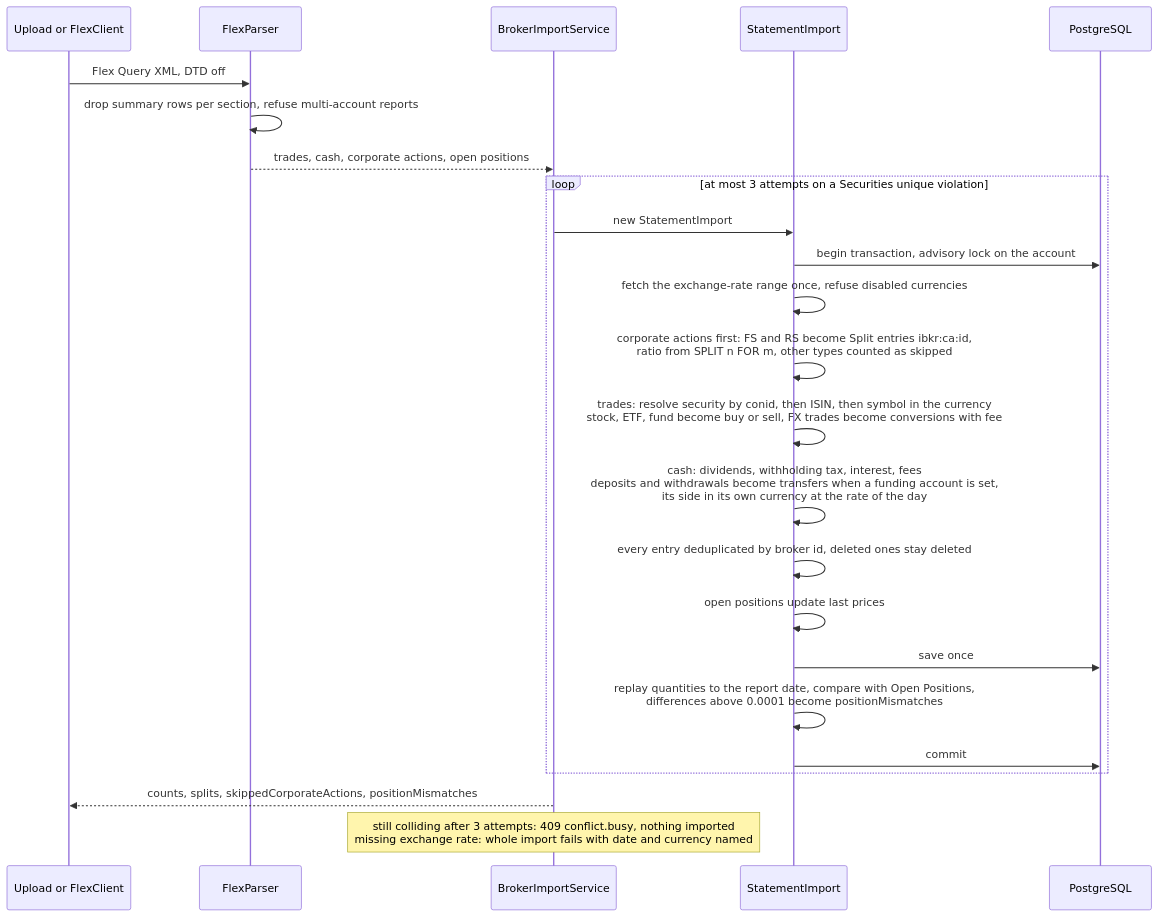
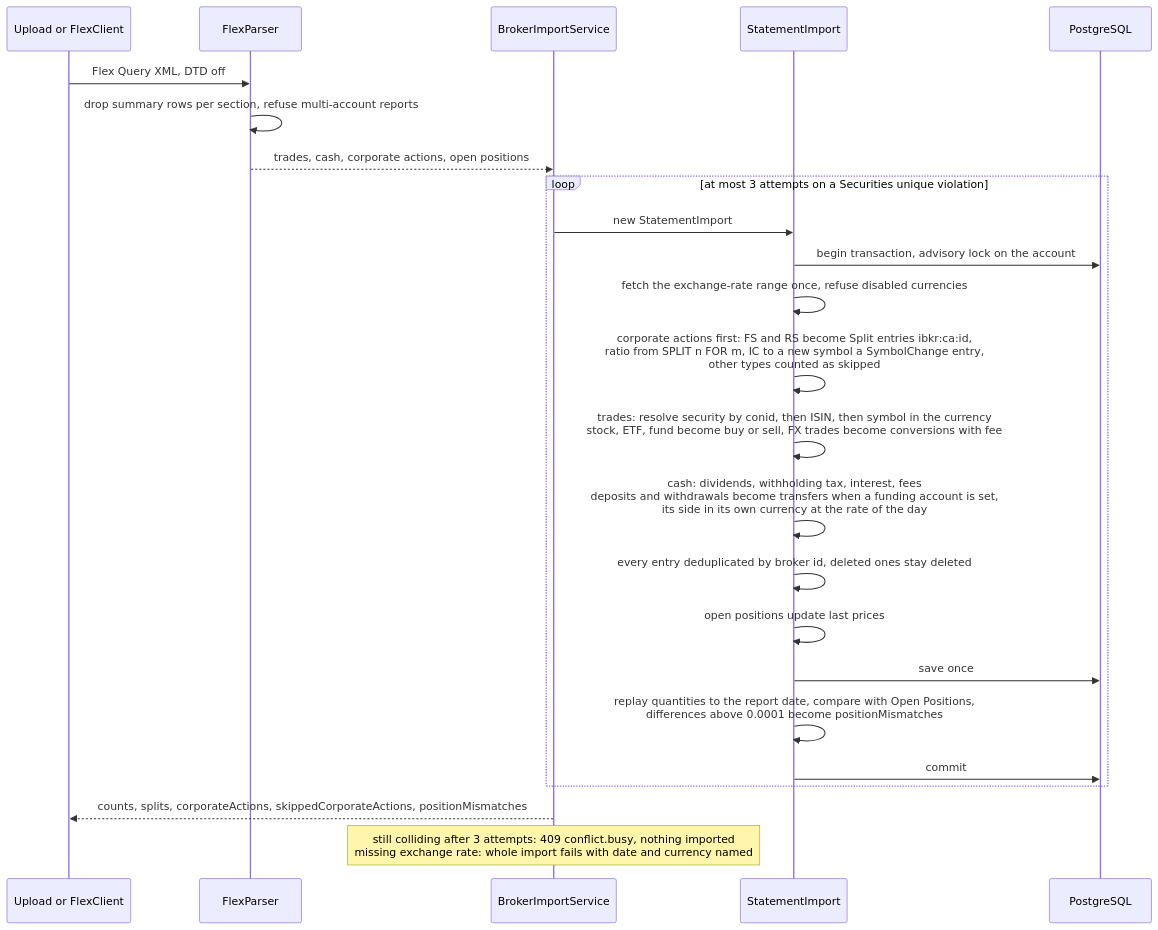
Before and after one commit to Justxs/Jx-Finance: the ninth of 10 diagrams in docs/features/investments.md, drawn with Mermaid. The commit also changed other lines of this file and 67 other files, not shown here.

````diff
--- a/docs/features/investments.md
+++ b/docs/features/investments.md
@@ -253,26 +267,26 @@
 ```mermaid
 sequenceDiagram
     participant Src as Upload or FlexClient
     participant Parser as FlexParser
     participant Imp as BrokerImportService
     participant Run as StatementImport
     participant Db as PostgreSQL
     Src->>Parser: Flex Query XML, DTD off
     Parser->>Parser: drop summary rows per section, refuse multi-account reports
     Parser-->>Imp: trades, cash, corporate actions, open positions
     loop at most 3 attempts on a Securities unique violation
         Imp->>Run: new StatementImport
         Run->>Db: begin transaction, advisory lock on the account
         Run->>Run: fetch the exchange-rate range once, refuse disabled currencies
-        Run->>Run: corporate actions first: FS and RS become Split entries ibkr:ca:id,<br/>ratio from SPLIT n FOR m, other types counted as skipped
+        Run->>Run: corporate actions first: FS and RS become Split entries ibkr:ca:id,<br/>ratio from SPLIT n FOR m, IC to a new symbol a SymbolChange entry,<br/>other types counted as skipped
         Run->>Run: trades: resolve security by conid, then ISIN, then symbol in the currency<br/>stock, ETF, fund become buy or sell, FX trades become conversions with fee
         Run->>Run: cash: dividends, withholding tax, interest, fees<br/>deposits and withdrawals become transfers when a funding account is set,<br/>its side in its own currency at the rate of the day
         Run->>Run: every entry deduplicated by broker id, deleted ones stay deleted
         Run->>Run: open positions update last prices
         Run->>Db: save once
         Run->>Run: replay quantities to the report date, compare with Open Positions,<br/>differences above 0.0001 become positionMismatches
         Run->>Db: commit
     end
-    Imp-->>Src: counts, splits, skippedCorporateActions, positionMismatches
+    Imp-->>Src: counts, splits, corporateActions, skippedCorporateActions, positionMismatches
     Note over Imp: still colliding after 3 attempts: 409 conflict.busy, nothing imported<br/>missing exchange rate: whole import fails with date and currency named
 ```
````
